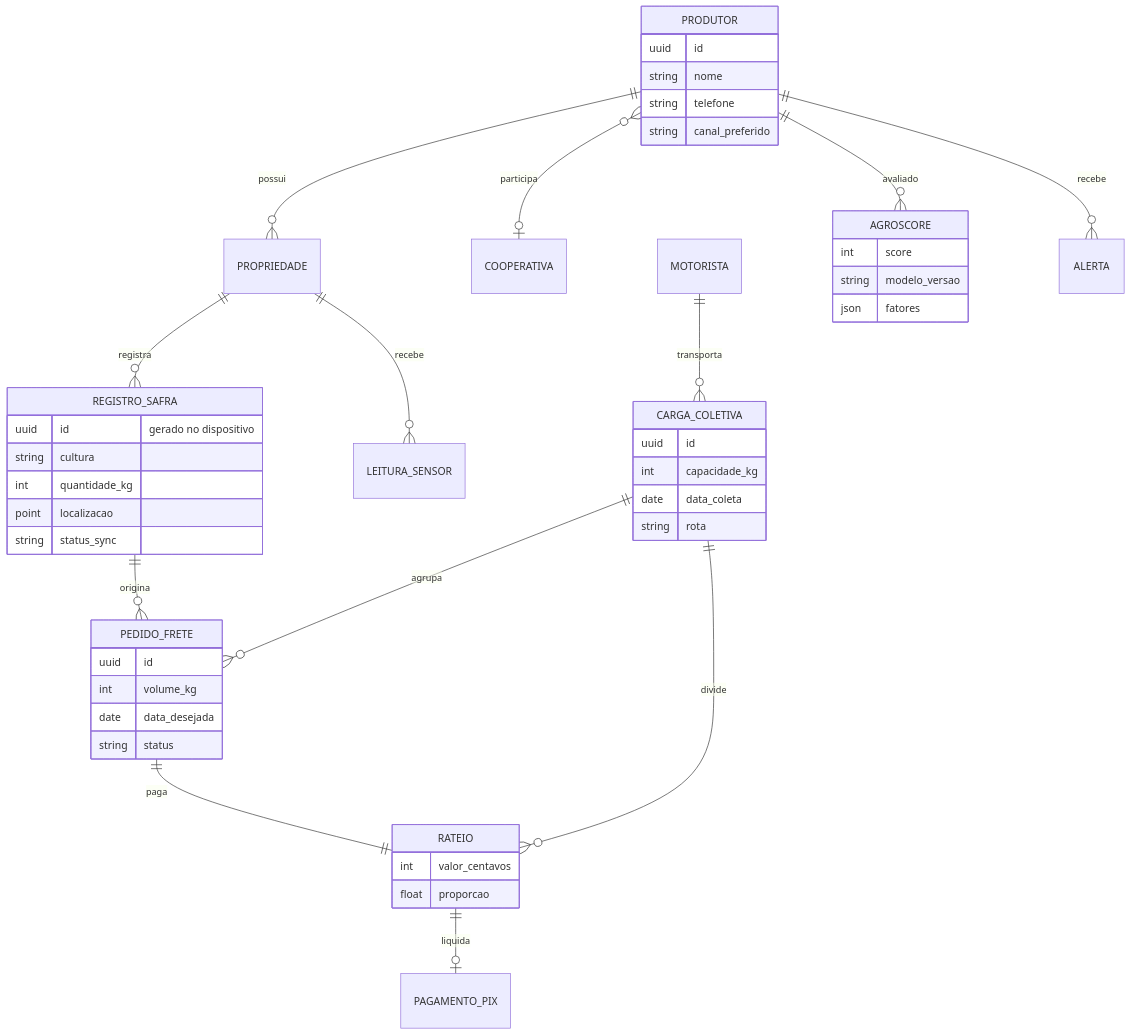
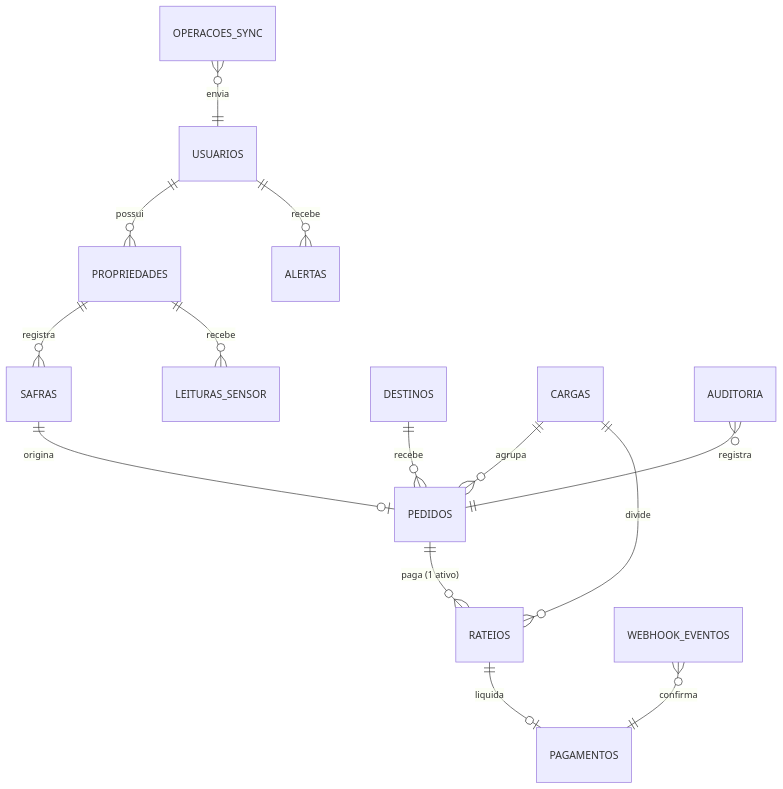
One commit to Codebynaty/agrosync changed the fifth of 5 diagrams in README.md. Above: the diagram before and after it, drawn with Mermaid. The commit also changed other lines of this file and 77 other files, not shown here.

````diff
--- a/README.md
+++ b/README.md
@@ -266,50 +277,16 @@
 ```mermaid
 erDiagram
-    PRODUTOR ||--o{ PROPRIEDADE : possui
-    PRODUTOR }o--o| COOPERATIVA : participa
-    PROPRIEDADE ||--o{ REGISTRO_SAFRA : registra
-    PROPRIEDADE ||--o{ LEITURA_SENSOR : recebe
-    REGISTRO_SAFRA ||--o{ PEDIDO_FRETE : origina
-    CARGA_COLETIVA ||--o{ PEDIDO_FRETE : agrupa
-    MOTORISTA ||--o{ CARGA_COLETIVA : transporta
-    CARGA_COLETIVA ||--o{ RATEIO : divide
-    PEDIDO_FRETE ||--|| RATEIO : paga
-    RATEIO ||--o| PAGAMENTO_PIX : liquida
-    PRODUTOR ||--o{ AGROSCORE : avaliado
-    PRODUTOR ||--o{ ALERTA : recebe
-
-    PRODUTOR {
-        uuid id
-        string nome
-        string telefone
-        string canal_preferido
-    }
-    REGISTRO_SAFRA {
-        uuid id "gerado no dispositivo"
-        string cultura
-        int quantidade_kg
-        point localizacao
-        string status_sync
-    }
-    PEDIDO_FRETE {
-        uuid id
-        int volume_kg
-        date data_desejada
-        string status
-    }
-    CARGA_COLETIVA {
-        uuid id
-        int capacidade_kg
-        date data_coleta
-        string rota
-    }
-    RATEIO {
-        int valor_centavos
-        float proporcao
-    }
-    AGROSCORE {
-        int score
-        string modelo_versao
-        json fatores
-    }
+    USUARIOS ||--o{ PROPRIEDADES : possui
+    PROPRIEDADES ||--o{ SAFRAS : registra
+    PROPRIEDADES ||--o{ LEITURAS_SENSOR : recebe
+    SAFRAS ||--o| PEDIDOS : origina
+    DESTINOS ||--o{ PEDIDOS : recebe
+    CARGAS ||--o{ PEDIDOS : agrupa
+    CARGAS ||--o{ RATEIOS : divide
+    PEDIDOS ||--o{ RATEIOS : "paga (1 ativo)"
+    RATEIOS ||--o| PAGAMENTOS : liquida
+    USUARIOS ||--o{ ALERTAS : recebe
+    WEBHOOK_EVENTOS }o--|| PAGAMENTOS : confirma
+    OPERACOES_SYNC }o--|| USUARIOS : envia
+    AUDITORIA }o--|| PEDIDOS : registra
 ```
````
